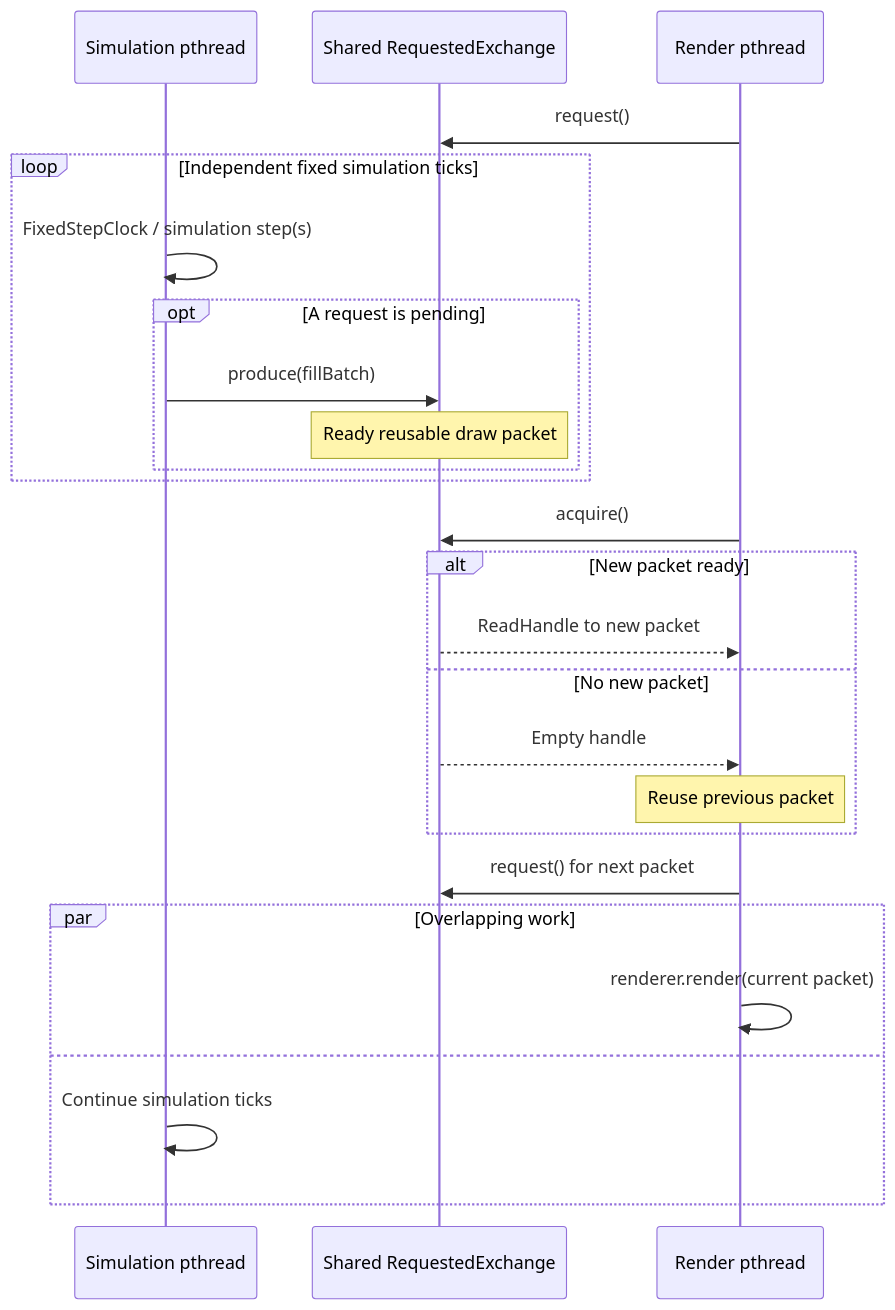
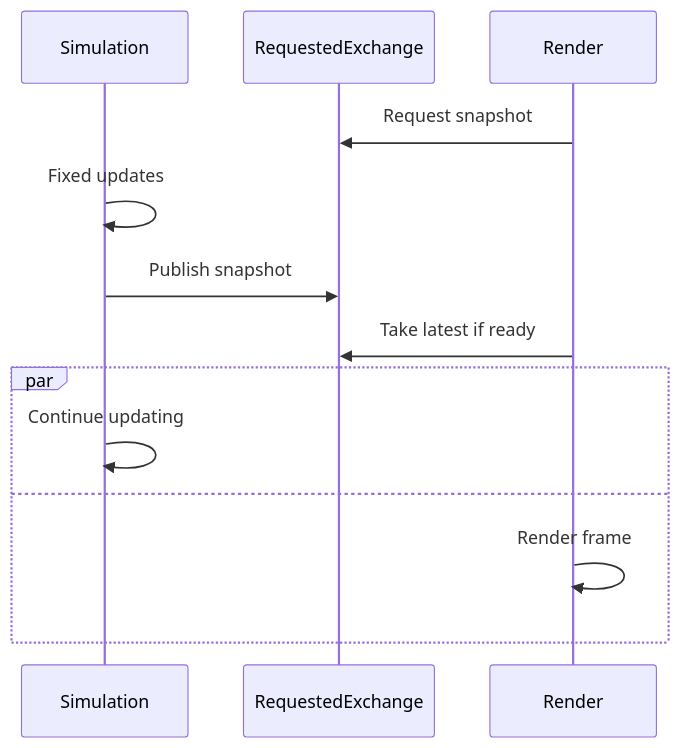
The second of 2 diagrams in README.md (algu1984/riviera-engine), drawn with Mermaid before and after one commit. The commit also changed other lines of this file, not shown here.

Commit message:
docs: simplify Mermaid architecture diagrams

````diff
--- a/README.md
+++ b/README.md
@@ -58,27 +45,15 @@
 ```mermaid
 sequenceDiagram
-    participant S as Simulation pthread
-    participant X as Shared RequestedExchange
-    participant R as Render pthread
-    R->>X: request()
-    loop Independent fixed simulation ticks
-        S->>S: FixedStepClock / simulation step(s)
-        opt A request is pending
-            S->>X: produce(fillBatch)
-            Note over X: Ready reusable draw packet
-        end
-    end
-    R->>X: acquire()
-    alt New packet ready
-        X-->>R: ReadHandle to new packet
-    else No new packet
-        X-->>R: Empty handle
-        Note over R: Reuse previous packet
-    end
-    R->>X: request() for next packet
-    par Overlapping work
-        R->>R: renderer.render(current packet)
+    participant S as Simulation
+    participant X as RequestedExchange
+    participant R as Render
+    R->>X: Request snapshot
+    S->>S: Fixed updates
+    S->>X: Publish snapshot
+    R->>X: Take latest if ready
+    par
+        S->>S: Continue updating
     and
-        S->>S: Continue simulation ticks
+        R->>R: Render frame
     end
 ```
````
